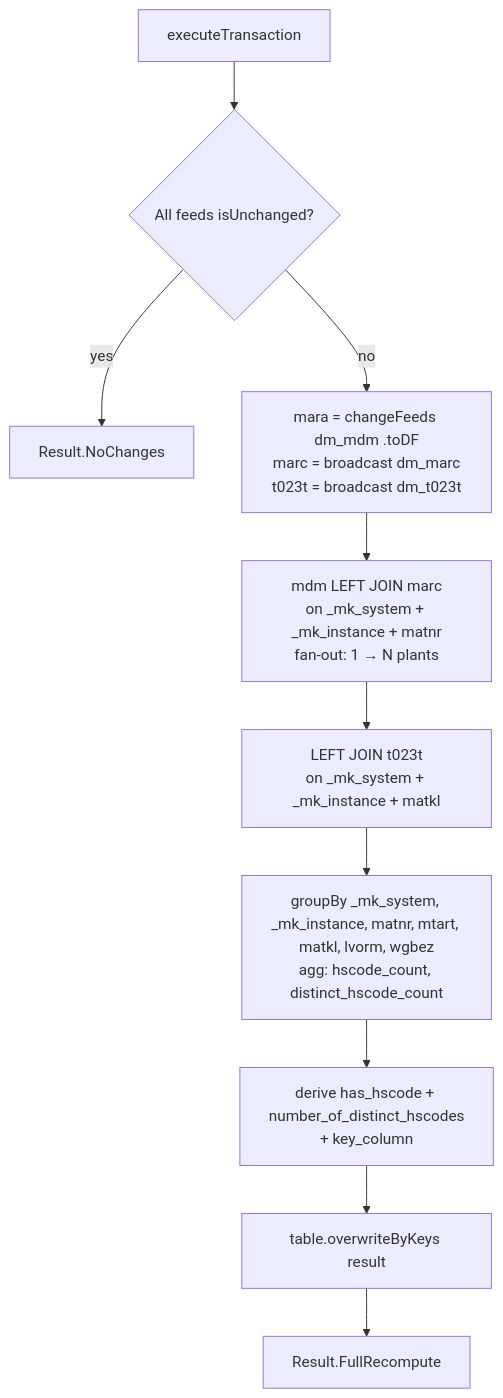
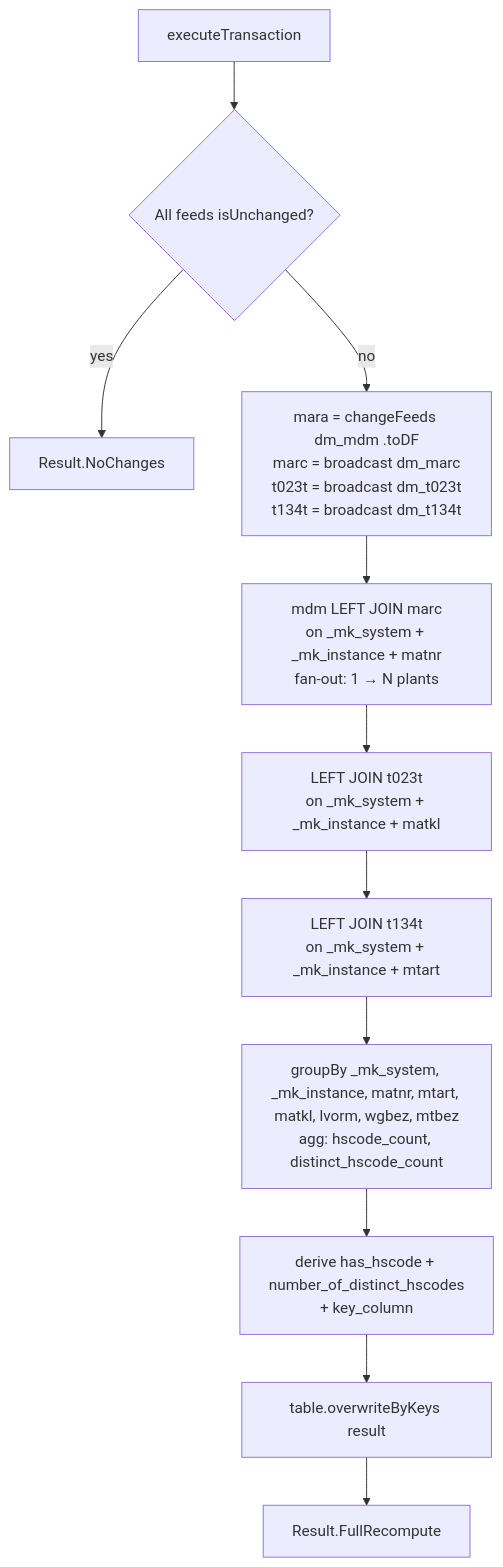
One commit to ChrisMuki/ct-dp-lakehouse-dbxjob changed the diagram in lakehouse/docs/dm_md/fin_hawk/MO_WORKFLOW.md. Above: the diagram before and after it, drawn with Mermaid. The commit also changed other lines of this file and 8 other files, not shown here.

First line of the commit message:
DHAFND-1000:Added the new table for all the systems and join with MO, MDP and MDM table. (#37)

````diff
--- a/lakehouse/docs/dm_md/fin_hawk/MO_WORKFLOW.md
+++ b/lakehouse/docs/dm_md/fin_hawk/MO_WORKFLOW.md
@@ -34,12 +36,13 @@
 ```mermaid
 flowchart TD
     A[executeTransaction] --> B{All feeds isUnchanged?}
     B -- yes --> C[Result.NoChanges]
-    B -- no --> D[mara = changeFeeds dm_mdm .toDF<br/>marc = broadcast dm_marc<br/>t023t = broadcast dm_t023t]
+    B -- no --> D[mara = changeFeeds dm_mdm .toDF<br/>marc = broadcast dm_marc<br/>t023t = broadcast dm_t023t<br/>t134t = broadcast dm_t134t]
     D --> E[mdm LEFT JOIN marc<br/>on _mk_system + _mk_instance + matnr<br/>fan-out: 1 → N plants]
     E --> F[LEFT JOIN t023t<br/>on _mk_system + _mk_instance + matkl]
-    F --> G["groupBy _mk_system, _mk_instance, matnr, mtart, matkl, lvorm, wgbez<br/>agg: hscode_count, distinct_hscode_count"]
+    F --> F2[LEFT JOIN t134t<br/>on _mk_system + _mk_instance + mtart]
+    F2 --> G["groupBy _mk_system, _mk_instance, matnr, mtart, matkl, lvorm, wgbez, mtbez<br/>agg: hscode_count, distinct_hscode_count"]
     G --> H[derive has_hscode + number_of_distinct_hscodes<br/>+ key_column]
     H --> I[table.overwriteByKeys result]
     I --> J[Result.FullRecompute]
 ```
````
